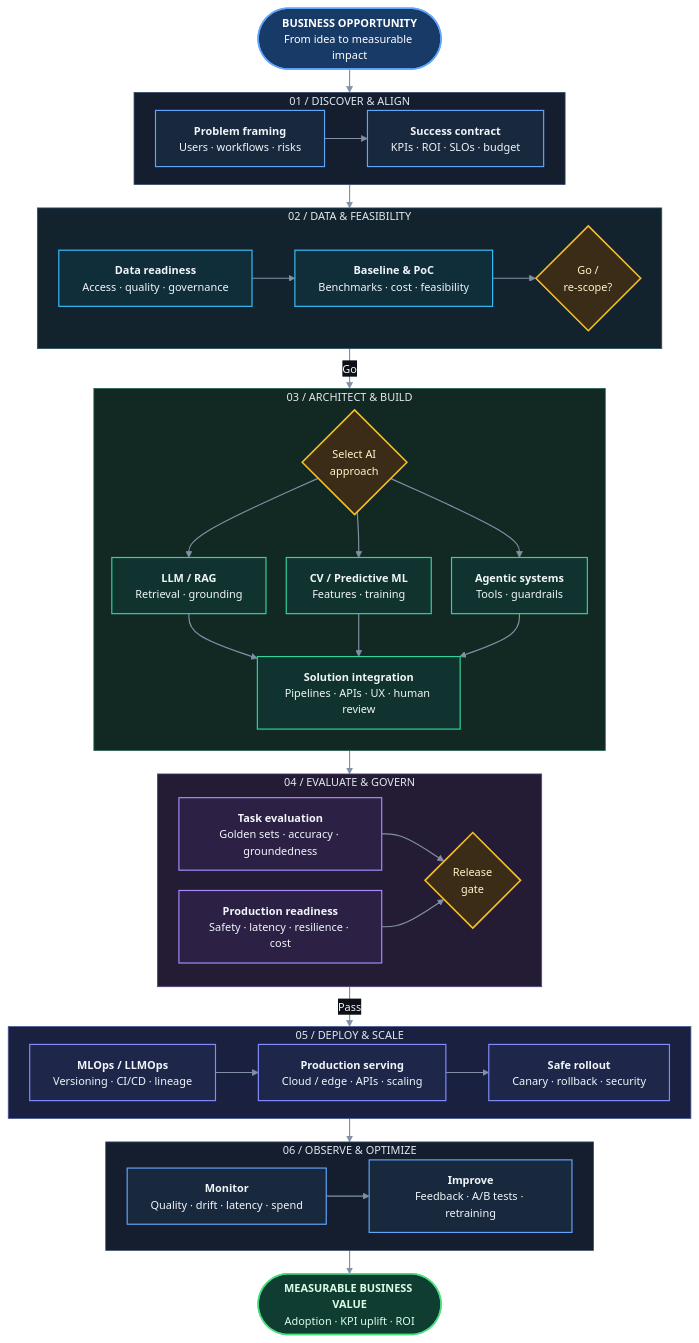
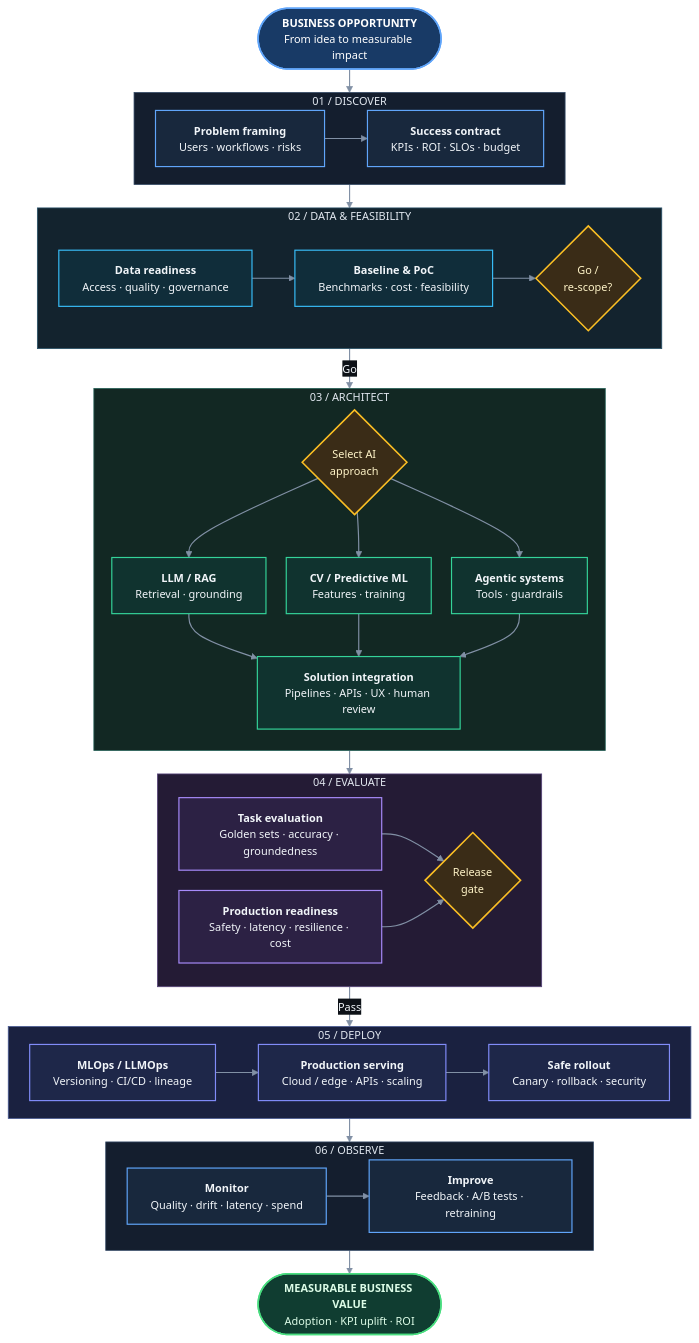
One commit to Daniil-Horobets/Daniil-Horobets changed the diagram in README.md. Above: the diagram before and after it, drawn with Mermaid.

````diff
--- a/README.md
+++ b/README.md
@@ -91,77 +91,77 @@
 ```mermaid
 %%{init: {"theme":"base","themeVariables":{"background":"#0D1117","primaryColor":"#111827","primaryTextColor":"#F1F5F9","primaryBorderColor":"#334155","lineColor":"#8291A7","clusterBkg":"#151D2B","clusterBorder":"#344256","textColor":"#F1F5F9","edgeLabelBackground":"#0D1117","fontFamily":"Inter, Segoe UI, Arial, sans-serif","fontSize":"14px"},"flowchart":{"curve":"basis","nodeSpacing":26,"rankSpacing":30,"htmlLabels":true}}}%%
 flowchart TB
     START(["<b>BUSINESS OPPORTUNITY</b><br/>From idea to measurable impact"]):::hero
 
-    subgraph S1["01  /  DISCOVER & ALIGN"]
+    subgraph S1["01  /  DISCOVER"]
         direction LR
         A["<b>Problem framing</b><br/>Users · workflows · risks"]:::blue
         B["<b>Success contract</b><br/>KPIs · ROI · SLOs · budget"]:::blue
         A --> B
     end
 
     subgraph S2["02  /  DATA & FEASIBILITY"]
         direction LR
         C["<b>Data readiness</b><br/>Access · quality · governance"]:::cyan
         D["<b>Baseline & PoC</b><br/>Benchmarks · cost · feasibility"]:::cyan
         E{"Go /<br/>re-scope?"}:::decision
         C --> D --> E
     end
 
-    subgraph S3["03  /  ARCHITECT & BUILD"]
+    subgraph S3["03  /  ARCHITECT"]
         direction TB
         F{"Select AI<br/>approach"}:::decision
         G["<b>LLM / RAG</b><br/>Retrieval · grounding"]:::teal
         H["<b>CV / Predictive ML</b><br/>Features · training"]:::teal
         I["<b>Agentic systems</b><br/>Tools · guardrails"]:::teal
         J["<b>Solution integration</b><br/>Pipelines · APIs · UX · human review"]:::teal
         F --> G & H & I
         G & H & I --> J
     end
 
-    subgraph S4["04  /  EVALUATE & GOVERN"]
+    subgraph S4["04  /  EVALUATE"]
         direction LR
         K["<b>Task evaluation</b><br/>Golden sets · accuracy · groundedness"]:::violet
         L["<b>Production readiness</b><br/>Safety · latency · resilience · cost"]:::violet
         M{"Release<br/>gate"}:::decision
         K --> M
         L --> M
     end
 
-    subgraph S5["05  /  DEPLOY & SCALE"]
+    subgraph S5["05  /  DEPLOY"]
         direction LR
         N["<b>MLOps / LLMOps</b><br/>Versioning · CI/CD · lineage"]:::indigo
         O["<b>Production serving</b><br/>Cloud / edge · APIs · scaling"]:::indigo
         P["<b>Safe rollout</b><br/>Canary · rollback · security"]:::indigo
         N --> O --> P
     end
 
-    subgraph S6["06  /  OBSERVE & OPTIMIZE"]
+    subgraph S6["06  /  OBSERVE"]
         direction LR
         Q["<b>Monitor</b><br/>Quality · drift · latency · spend"]:::blue
         R["<b>Improve</b><br/>Feedback · A/B tests · retraining"]:::blue
         Q --> R
     end
 
     RESULT(["<b>MEASURABLE BUSINESS VALUE</b><br/>Adoption · KPI uplift · ROI"]):::success
 
     START --> S1 --> S2 -->|Go| S3 --> S4 -->|Pass| S5 --> S6 --> RESULT
 
     classDef hero fill:#183A66,stroke:#60A5FA,color:#FFFFFF,stroke-width:2px;
     classDef blue fill:#18283D,stroke:#60A5FA,color:#F1F5F9,stroke-width:1.5px;
     classDef cyan fill:#102D3A,stroke:#38BDF8,color:#F1F5F9,stroke-width:1.5px;
     classDef teal fill:#10332F,stroke:#34D399,color:#F1F5F9,stroke-width:1.5px;
     classDef violet fill:#2C2144,stroke:#A78BFA,color:#F1F5F9,stroke-width:1.5px;
     classDef indigo fill:#1E2749,stroke:#818CF8,color:#F1F5F9,stroke-width:1.5px;
     classDef decision fill:#3A2C17,stroke:#FBBF24,color:#FEF3C7,stroke-width:2px;
     classDef success fill:#103D31,stroke:#4ADE80,color:#DCFCE7,stroke-width:2px;
 
     style S1 fill:#141E2E,stroke:#334965,stroke-width:1px,color:#E2E8F0
     style S2 fill:#13232E,stroke:#285169,stroke-width:1px,color:#E2E8F0
     style S3 fill:#122823,stroke:#276258,stroke-width:1px,color:#E2E8F0
     style S4 fill:#241B35,stroke:#564279,stroke-width:1px,color:#E2E8F0
     style S5 fill:#1A2140,stroke:#485A93,stroke-width:1px,color:#E2E8F0
     style S6 fill:#141E2E,stroke:#334965,stroke-width:1px,color:#E2E8F0
 
     linkStyle default stroke:#8190A5,stroke-width:1.5px;
 ```
````
